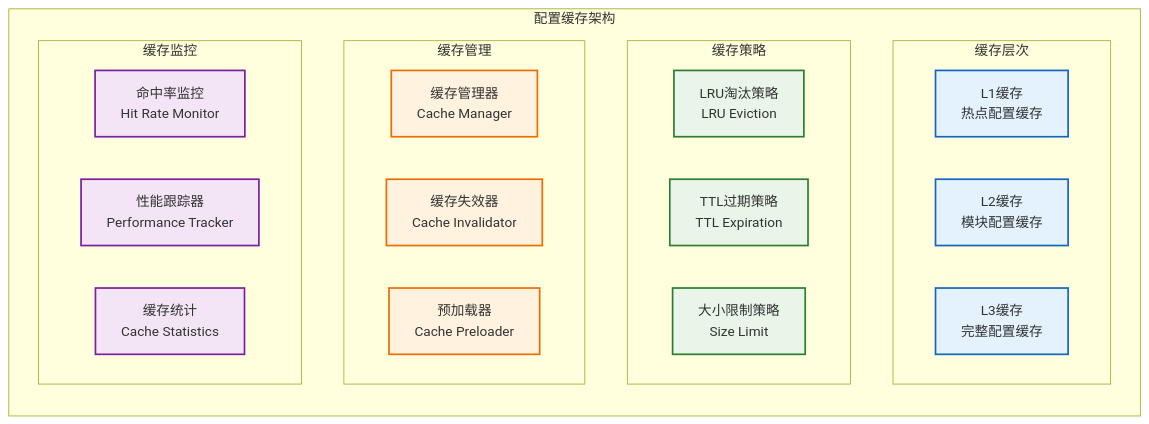
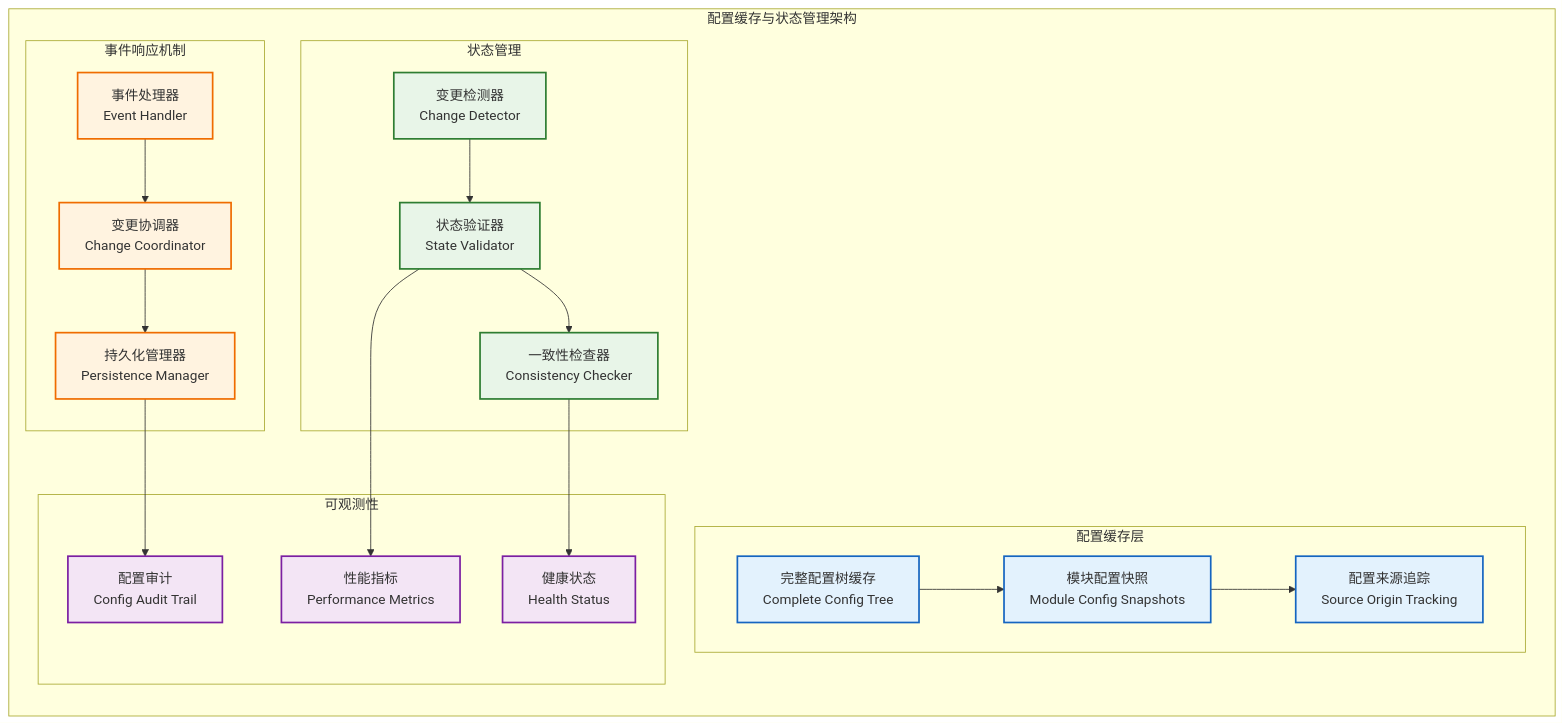
One commit to wendizhou99-cell/Radar changed the eighth of 14 diagrams in docs/01_项目设计/02_模块设计/06_配置管理模块设计.md. Above: the diagram before and after it, drawn with Mermaid. The commit also changed other lines of this file and 22 other files, not shown here.

````diff
--- a/docs/01_项目设计/02_模块设计/06_配置管理模块设计.md
+++ b/docs/01_项目设计/02_模块设计/06_配置管理模块设计.md
@@ -590,40 +850,54 @@
 ```mermaid
-flowchart LR
-    subgraph "配置缓存架构"
+flowchart TB
+    subgraph "配置缓存与状态管理架构"
         direction TB
 
-        subgraph "缓存层次"
-            L1_CACHE[L1缓存<br/>热点配置缓存]
-            L2_CACHE[L2缓存<br/>模块配置缓存]
-            L3_CACHE[L3缓存<br/>完整配置缓存]
+        subgraph "配置缓存层"
+            COMPLETE_TREE[完整配置树缓存<br/>Complete Config Tree]
+            MODULE_SNAPSHOTS[模块配置快照<br/>Module Config Snapshots]
+            SOURCE_TRACKING[配置来源追踪<br/>Source Origin Tracking]
         end
 
-        subgraph "缓存策略"
-            LRU_POLICY[LRU淘汰策略<br/>LRU Eviction]
-            TTL_POLICY[TTL过期策略<br/>TTL Expiration]
-            SIZE_POLICY[大小限制策略<br/>Size Limit]
+        subgraph "状态管理"
+            CHANGE_DETECTOR[变更检测器<br/>Change Detector]
+            STATE_VALIDATOR[状态验证器<br/>State Validator]
+            CONSISTENCY_CHECKER[一致性检查器<br/>Consistency Checker]
         end
 
-        subgraph "缓存管理"
-            CACHE_MANAGER[缓存管理器<br/>Cache Manager]
-            INVALIDATOR[缓存失效器<br/>Cache Invalidator]
-            PRELOADER[预加载器<br/>Cache Preloader]
+        subgraph "事件响应机制"
+            EVENT_HANDLER[事件处理器<br/>Event Handler]
+            CHANGE_COORDINATOR[变更协调器<br/>Change Coordinator]
+            PERSISTENCE_MANAGER[持久化管理器<br/>Persistence Manager]
         end
 
-        subgraph "缓存监控"
-            HIT_RATE_MONITOR[命中率监控<br/>Hit Rate Monitor]
-            PERFORMANCE_TRACKER[性能跟踪器<br/>Performance Tracker]
-            CACHE_STATISTICS[缓存统计<br/>Cache Statistics]
+        subgraph "可观测性"
+            CONFIG_AUDIT[配置审计<br/>Config Audit Trail]
+            PERFORMANCE_METRICS[性能指标<br/>Performance Metrics]
+            HEALTH_STATUS[健康状态<br/>Health Status]
         end
+
+        %% 数据流和依赖关系
+        COMPLETE_TREE --> MODULE_SNAPSHOTS
+        MODULE_SNAPSHOTS --> SOURCE_TRACKING
+
+        CHANGE_DETECTOR --> STATE_VALIDATOR
+        STATE_VALIDATOR --> CONSISTENCY_CHECKER
+
+        EVENT_HANDLER --> CHANGE_COORDINATOR
+        CHANGE_COORDINATOR --> PERSISTENCE_MANAGER
+
+        PERSISTENCE_MANAGER --> CONFIG_AUDIT
+        STATE_VALIDATOR --> PERFORMANCE_METRICS
+        CONSISTENCY_CHECKER --> HEALTH_STATUS
     end
 
     classDef cache fill:#e3f2fd,stroke:#1565c0,stroke-width:2px
-    classDef policy fill:#e8f5e8,stroke:#2e7d32,stroke-width:2px
-    classDef management fill:#fff3e0,stroke:#ef6c00,stroke-width:2px
-    classDef monitoring fill:#f3e5f5,stroke:#7b1fa2,stroke-width:2px
+    classDef state fill:#e8f5e8,stroke:#2e7d32,stroke-width:2px
+    classDef event fill:#fff3e0,stroke:#ef6c00,stroke-width:2px
+    classDef observe fill:#f3e5f5,stroke:#7b1fa2,stroke-width:2px
 
-    class L1_CACHE,L2_CACHE,L3_CACHE cache
-    class LRU_POLICY,TTL_POLICY,SIZE_POLICY policy
-    class CACHE_MANAGER,INVALIDATOR,PRELOADER management
-    class HIT_RATE_MONITOR,PERFORMANCE_TRACKER,CACHE_STATISTICS monitoring
+    class COMPLETE_TREE,MODULE_SNAPSHOTS,SOURCE_TRACKING cache
+    class CHANGE_DETECTOR,STATE_VALIDATOR,CONSISTENCY_CHECKER state
+    class EVENT_HANDLER,CHANGE_COORDINATOR,PERSISTENCE_MANAGER event
+    class CONFIG_AUDIT,PERFORMANCE_METRICS,HEALTH_STATUS observe
 ```
````
